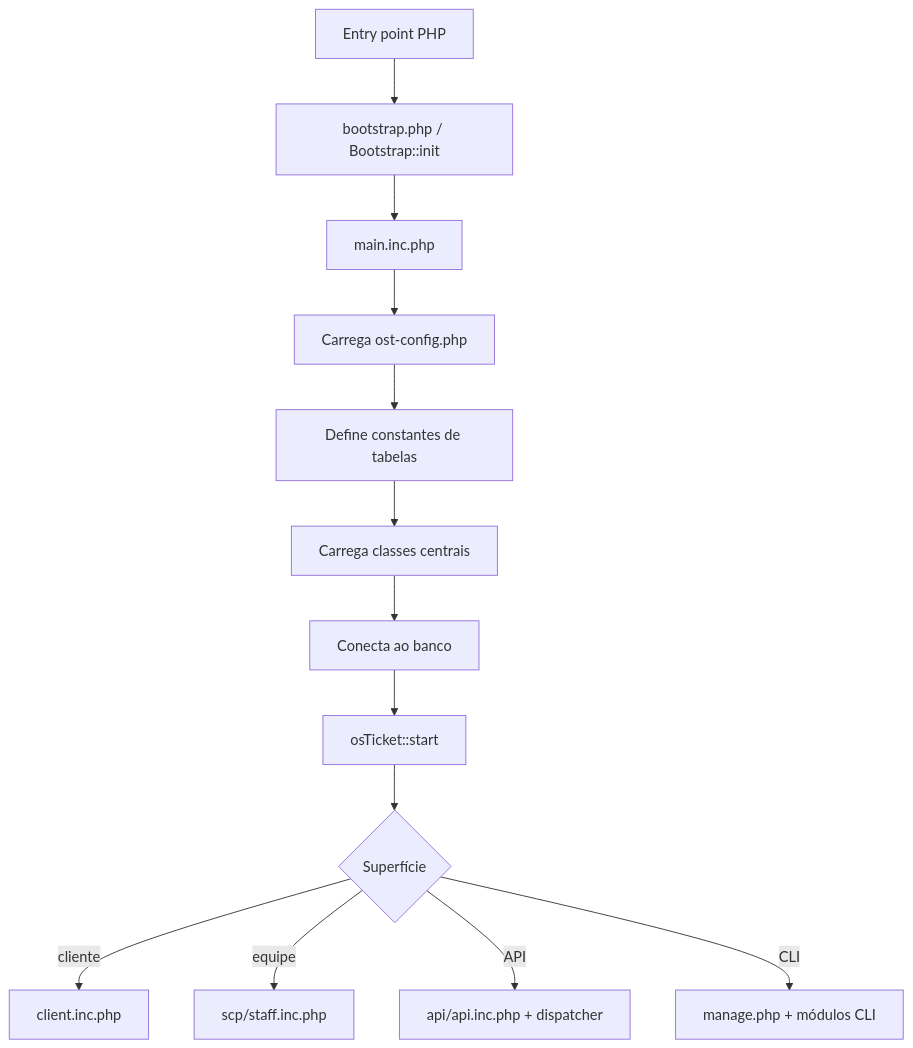
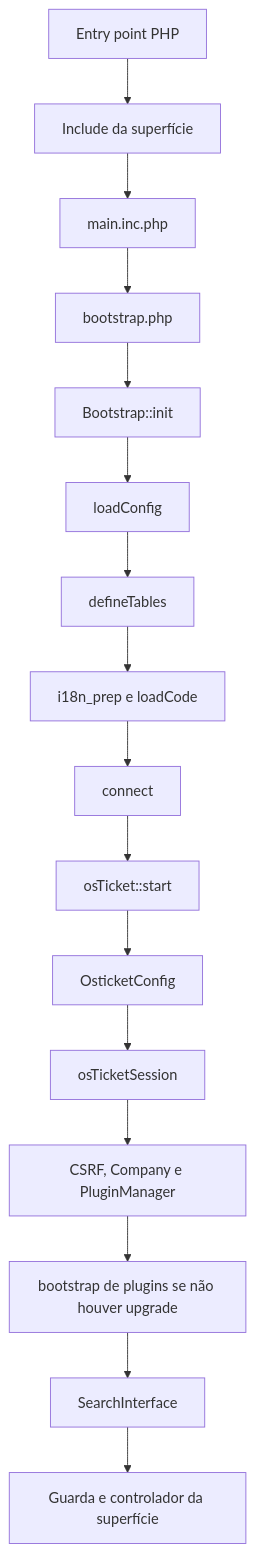
Before and after one commit to albertomoreiraluiz/osTicketReforged: the first of 2 diagrams in docs/reverse-engineering/REQUEST_LIFECYCLE.md, drawn with Mermaid. The commit also changed other lines of this file and 12 other files, not shown here.

````diff
--- a/docs/reverse-engineering/REQUEST_LIFECYCLE.md
+++ b/docs/reverse-engineering/REQUEST_LIFECYCLE.md
@@ -5,15 +5,18 @@
 ```mermaid
 flowchart TD
-    E[Entry point PHP] --> B[bootstrap.php / Bootstrap::init]
-    B --> M[main.inc.php]
-    M --> C[Carrega ost-config.php]
-    C --> T[Define constantes de tabelas]
-    T --> L[Carrega classes centrais]
-    L --> D[Conecta ao banco]
+    E[Entry point PHP] --> S[Include da superfície]
+    S --> M[main.inc.php]
+    M --> B[bootstrap.php]
+    B --> I[Bootstrap::init]
+    I --> C[loadConfig]
+    C --> T[defineTables]
+    T --> N[i18n_prep e loadCode]
+    N --> D[connect]
     D --> O[osTicket::start]
-    O --> S{Superfície}
-    S -->|cliente| U[client.inc.php]
-    S -->|equipe| A[scp/staff.inc.php]
-    S -->|API| P[api/api.inc.php + dispatcher]
-    S -->|CLI| Q[manage.php + módulos CLI]
+    O --> G[OsticketConfig]
+    G --> SE[osTicketSession]
+    SE --> X[CSRF, Company e PluginManager]
+    X --> P[bootstrap de plugins se não houver upgrade]
+    P --> Q[SearchInterface]
+    Q --> R[Guarda e controlador da superfície]
 ```
````
